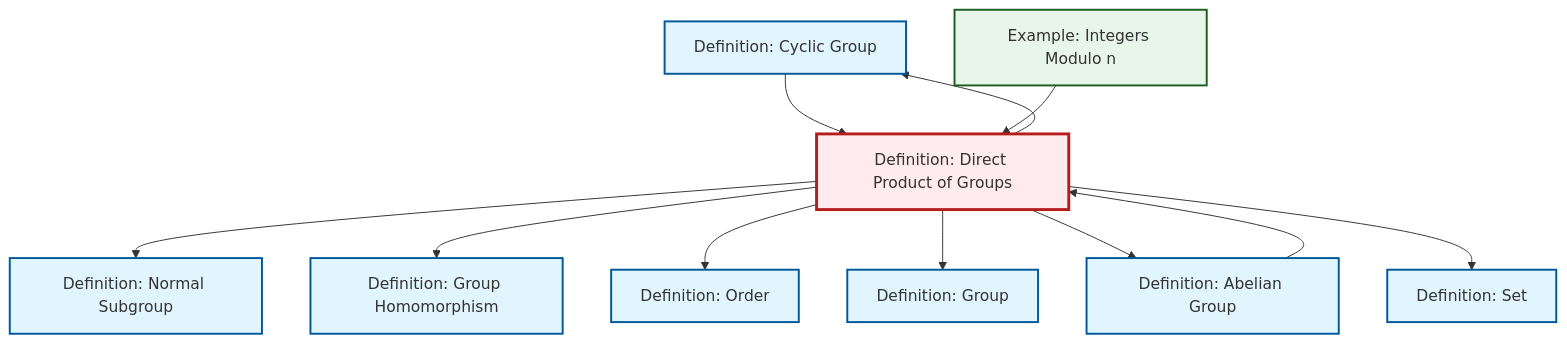
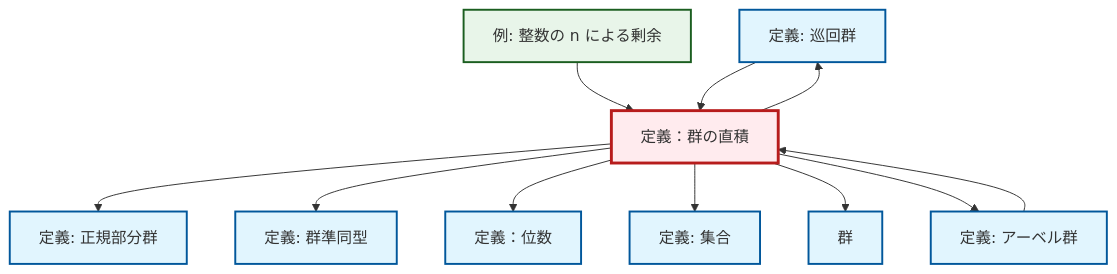
One commit to RK0429/ModernMath changed the diagram in content/ja/algebra/def-direct-product.qmd. Above: the diagram before and after it, drawn with Mermaid. The commit also changed 1069 other files, not shown here.

````diff
--- a/content/ja/algebra/def-direct-product.qmd
+++ b/content/ja/algebra/def-direct-product.qmd
@@ -25,37 +25,37 @@
 ```{mermaid}
 %%| fig-cap: "Local dependency graph"
 graph TD
     classDef definition fill:#e1f5fe,stroke:#01579b,stroke-width:2px
     classDef theorem fill:#f3e5f5,stroke:#4a148c,stroke-width:2px
     classDef axiom fill:#fff3e0,stroke:#e65100,stroke-width:2px
     classDef example fill:#e8f5e9,stroke:#1b5e20,stroke-width:2px
     classDef current fill:#ffebee,stroke:#b71c1c,stroke-width:3px
-    def-set["Definition: Set"]:::definition
-    def-cyclic-group["Definition: Cyclic Group"]:::definition
-    def-group["Definition: Group"]:::definition
-    def-order["Definition: Order"]:::definition
-    def-direct-product["Definition: Direct Product of Groups"]:::definition
-    def-homomorphism["Definition: Group Homomorphism"]:::definition
-    def-normal-subgroup["Definition: Normal Subgroup"]:::definition
-    def-abelian-group["Definition: Abelian Group"]:::definition
-    ex-quotient-integers-mod-n["Example: Integers Modulo n"]:::example
+    def-set["定義: 集合"]:::definition
+    def-cyclic-group["定義: 巡回群"]:::definition
+    def-normal-subgroup["定義: 正規部分群"]:::definition
+    def-order["定義：位数"]:::definition
+    def-direct-product["定義：群の直積"]:::definition
+    def-abelian-group["定義: アーベル群"]:::definition
+    ex-quotient-integers-mod-n["例: 整数の n による剰余"]:::example
+    def-homomorphism["定義: 群準同型"]:::definition
+    def-group["群"]:::definition
     def-direct-product --> def-normal-subgroup
-    def-direct-product --> def-cyclic-group
     def-direct-product --> def-homomorphism
     def-direct-product --> def-order
+    def-direct-product --> def-cyclic-group
+    def-direct-product --> def-set
+    ex-quotient-integers-mod-n --> def-direct-product
+    def-direct-product --> def-group
     def-cyclic-group --> def-direct-product
-    def-direct-product --> def-group
-    ex-quotient-integers-mod-n --> def-direct-product
     def-abelian-group --> def-direct-product
     def-direct-product --> def-abelian-group
-    def-direct-product --> def-set
     class def-direct-product current
-    click def-set "def-set.html" "Definition: Setへ"
-    click def-cyclic-group "def-cyclic-group.html" "Definition: Cyclic Groupへ"
-    click def-group "def-group.html" "Definition: Groupへ"
-    click def-order "def-order.html" "Definition: Orderへ"
-    click def-homomorphism "def-homomorphism.html" "Definition: Group Homomorphismへ"
-    click def-normal-subgroup "def-normal-subgroup.html" "Definition: Normal Subgroupへ"
-    click def-abelian-group "def-abelian-group.html" "Definition: Abelian Groupへ"
-    click ex-quotient-integers-mod-n "ex-quotient-integers-mod-n.html" "Example: Integers Modulo nへ"
+    click def-set "def-set.html" "集合の定義へ"
+    click def-cyclic-group "def-cyclic-group.html" "巡回群の定義へ"
+    click def-normal-subgroup "def-normal-subgroup.html" "正規部分群の定義へ"
+    click def-order "def-order.html" "定義：位数へ"
+    click def-abelian-group "def-abelian-group.html" "アーベル群の定義へ"
+    click ex-quotient-integers-mod-n "ex-quotient-integers-mod-n.html" "整数の n による剰余の例へ"
+    click def-homomorphism "def-homomorphism.html" "群準同型の定義へ"
+    click def-group "def-group.html" "群へ"
 ```
````
